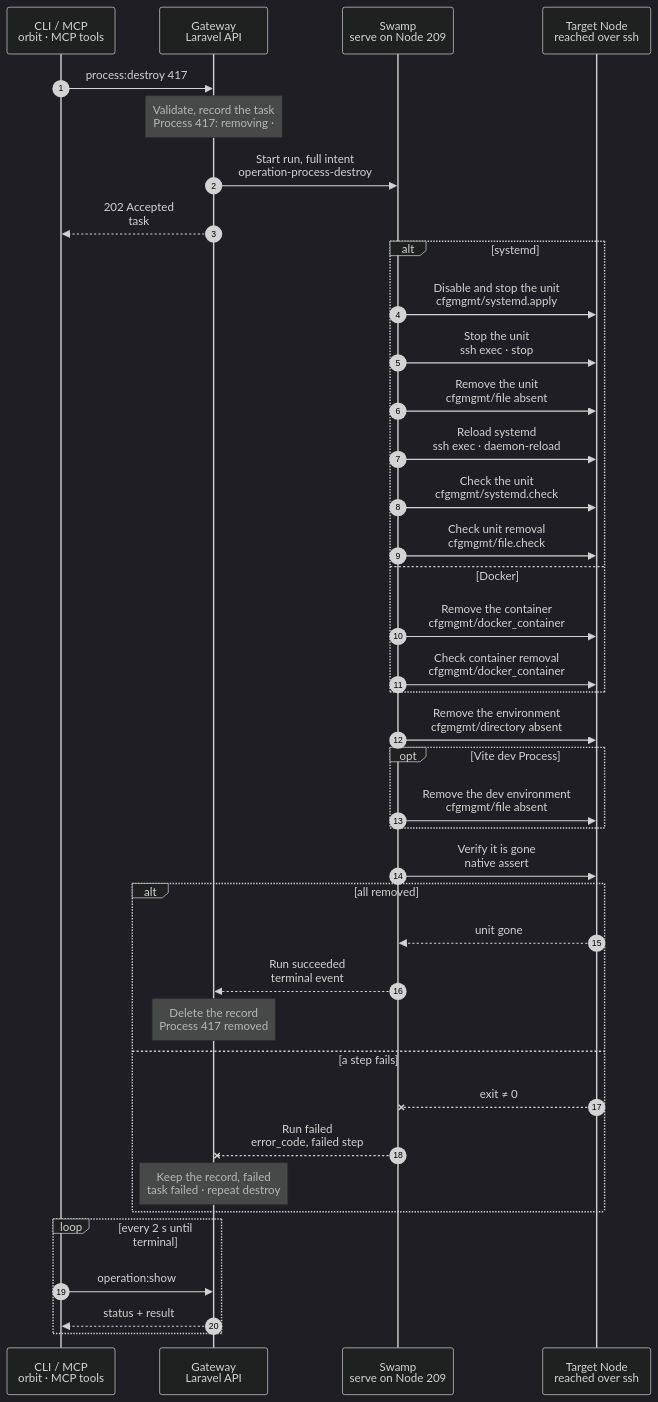
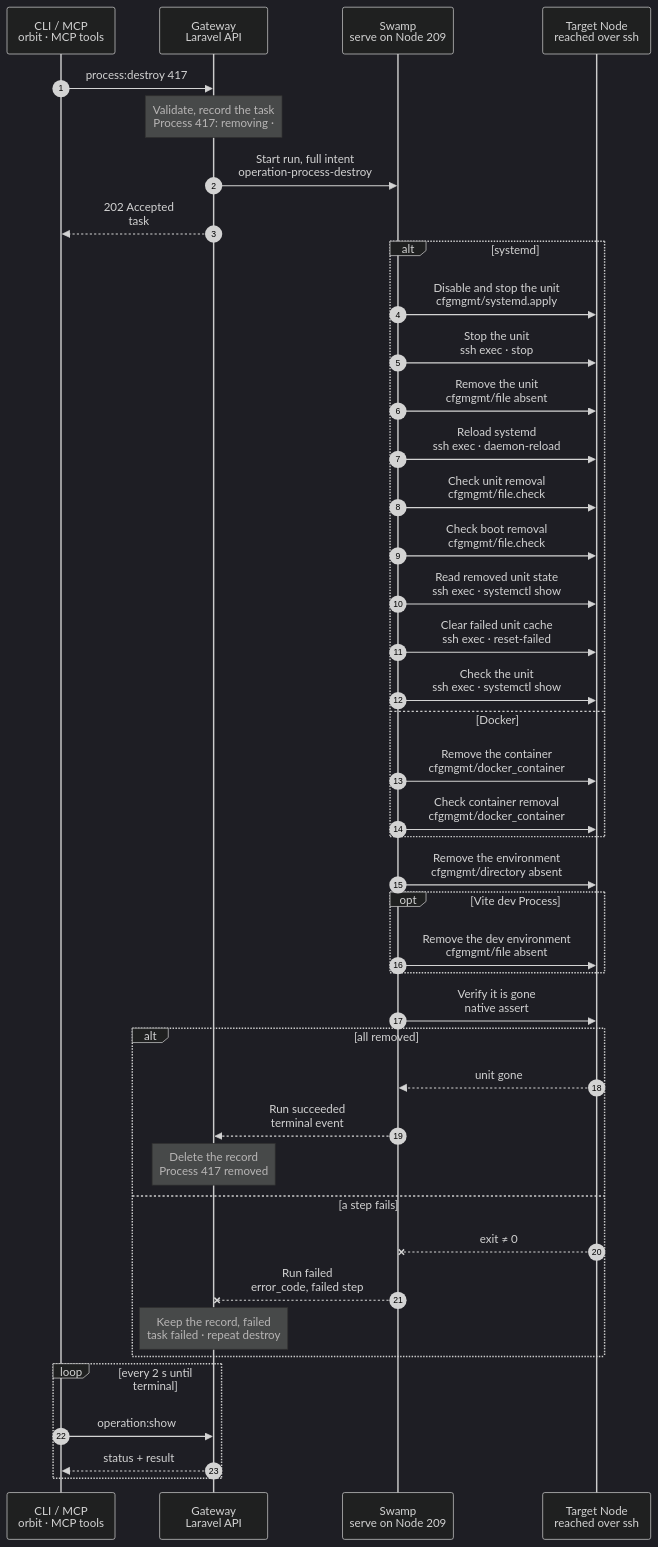
Before and after one commit to hardimpactdev/orbit: the diagram in docs/cli/process/destroy.mmd, drawn with Mermaid (dark theme). The commit also changed 1 other file, not shown here.

Commit message:
docs(process): define failed unit cache cleanup on destroy

```diff
--- a/docs/cli/process/destroy.mmd
+++ b/docs/cli/process/destroy.mmd
@@ -1,100 +1,106 @@
 sequenceDiagram
   %% Target design: ADR 0244 task, DECISIONS 4 + R1-R4 (process.stop shape: 209, @swamp/ssh, full intent as inputs).
   %% Tightened: flow-tighten 2026-11-02, rules 1-22 (cfgmgmt absent applies, mirror of process:create, no shipped scripts, no report step).
   %% Rule 23: 2026-11-03 required-only main path.
   %% status: migrated
   %% command: process:destroy
   %% kind: process.destroy
   autonumber
   %% lane CLI icon=terminal pill=caller tone=gray
   %% lane GW icon=gateway pill=intent tone=blue
   %% lane SW icon=workflow pill=executes tone=green
   %% lane N icon=server pill=target tone=amber
   participant CLI as CLI / MCP<br/>orbit · MCP tools
   participant GW as Gateway<br/>Laravel API
   participant SW as Swamp<br/>serve on Node 209
   participant N as Target Node<br/>reached over ssh
   CLI->>GW: process:destroy 417
   %%> Command:
   %%> - `orbit process:destroy 417`
   %%> - syntax: `process:destroy <process> [--project=ID] [--yes] [--idempotency-key=KEY] [--json]`
   %%> Input:
   %%> - the numeric Process ID; the CLI asks for confirmation first
   %%> Optional:
   %%> - `--yes` skips the confirmation; `--idempotency-key` reuses a task start; `--json` returns JSON; none adds a step
   %%> Not handled here:
   %%> - `--project` removes a Project definition only; it starts no run (R1)
   %%> Who can call it:
   %%> - the `orbit` CLI and the MCP tool send the same request
   Note over GW: Validate, record the task<br/>Process 417: removing · #5130
   %%> Requirements:
   %%> - your Node has an access grant to the Process's Node
   %%> - no Route points to the Process, else `process.has_routes`
   %%> - the Process is not required by a Database server
   %%> Result:
   %%> - Process 417 marked removing; the record stays until the run succeeds
   %%> - task #5130 recorded with the full intent
   GW->>SW: Start run, full intent<br/>operation-process-destroy
   %%> What it does:
   %%> - starts one Swamp run on serve (Node 209); every step runs there
   %%> Inputs:
   %%> - `kind`: process.destroy
   %%> - the unit or container name and runtime, and for Vite the Instance environment path
   %%> - the Node's address and SSH host keys; the SSH identity comes from the `swamp` role
   %%> Checked by the input schema:
   %%> - no step reads or re-checks the intent
   GW-->>CLI: 202 Accepted<br/>task #5130
   %%> What you get:
   %%> - the task number, at once
   %%> Next:
   %%> - the CLI follows the task with `operation:show`
   alt systemd
     SW->>N: Disable and stop the unit<br/>cfgmgmt/systemd.apply
     SW->>N: Stop the unit<br/>ssh exec · stop
     SW->>N: Remove the unit<br/>cfgmgmt/file absent
     SW->>N: Reload systemd<br/>ssh exec · daemon-reload
-    SW->>N: Check the unit<br/>cfgmgmt/systemd.check
     SW->>N: Check unit removal<br/>cfgmgmt/file.check
+    SW->>N: Check boot removal<br/>cfgmgmt/file.check
+    SW->>N: Read removed unit state<br/>ssh exec · systemctl show
+    SW->>N: Clear failed unit cache<br/>ssh exec · reset-failed
+    %%> Only the admitted unit is reset, after its file and boot link are absent, LoadState is not-found, and no PID, cgroup or pending job remains.
+    %%> A failed state alone never permits cleanup. Other remaining runtime or boot state fails the end check.
+    SW->>N: Check the unit<br/>ssh exec · systemctl show
+    %%> Reads the state again after cache cleanup; a running or loaded unit, boot policy, PID, cgroup or pending job refuses completion.
   else Docker
     SW->>N: Remove the container<br/>cfgmgmt/docker_container
     SW->>N: Check container removal<br/>cfgmgmt/docker_container
   end
   SW->>N: Remove the environment<br/>cfgmgmt/directory absent
   opt Vite dev Process
     SW->>N: Remove the dev environment<br/>cfgmgmt/file absent
   end
   SW->>N: Verify it is gone<br/>native assert
-  %%> Asserts absent unit/container and stopped service; data volumes remain.
+  %%> Asserts absent unit/container and runtime and boot state; data volumes and the source environment file remain.
   alt all removed
     N-->>SW: unit gone
     %%> Returns:
     %%> - nothing of Process 417 is left on the Node
     SW-->>GW: Run succeeded<br/>terminal event
     %%> How the Gateway learns it:
     %%> - its shared run reader sees the terminal event and reads the end check's output; Swamp never calls the Gateway
     Note over GW: Delete the record<br/>Process 417 removed
     %%> Result:
     %%> - the Process record is deleted
     %%> - task #5130 succeeds
   else a step fails
     N--xSW: exit ≠ 0
     %%> When:
     %%> - SSH fails, or something of Process 417 is still there after the removal
     %%> How:
     %%> - the failing step ends the run with its own exit code; there is no report step
     SW--xGW: Run failed<br/>error_code, failed step
     %%> The Gateway reads:
     %%> - which step failed and its exit code, mapped to `error_code`
     Note over GW: Keep the record, failed<br/>task failed · repeat destroy
     %%> Result:
     %%> - Process 417 keeps its record, marked with the error code
     %%> - repeat `process:destroy` to converge
   end
   loop every 2 s until terminal
     CLI->>GW: operation:show #5130
     %%> What it does:
     %%> - asks for the task status every 2 seconds until it has ended
     GW-->>CLI: status + result
     %%> Returns:
     %%> - the current status, and the result once the task has ended
   end
```
